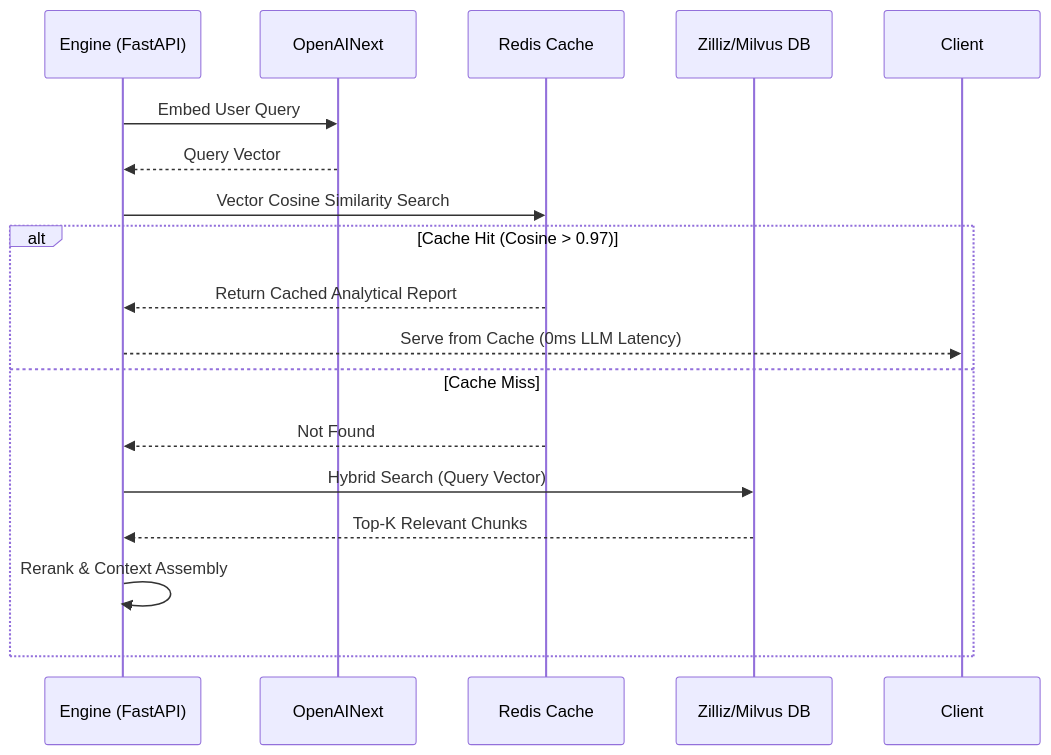
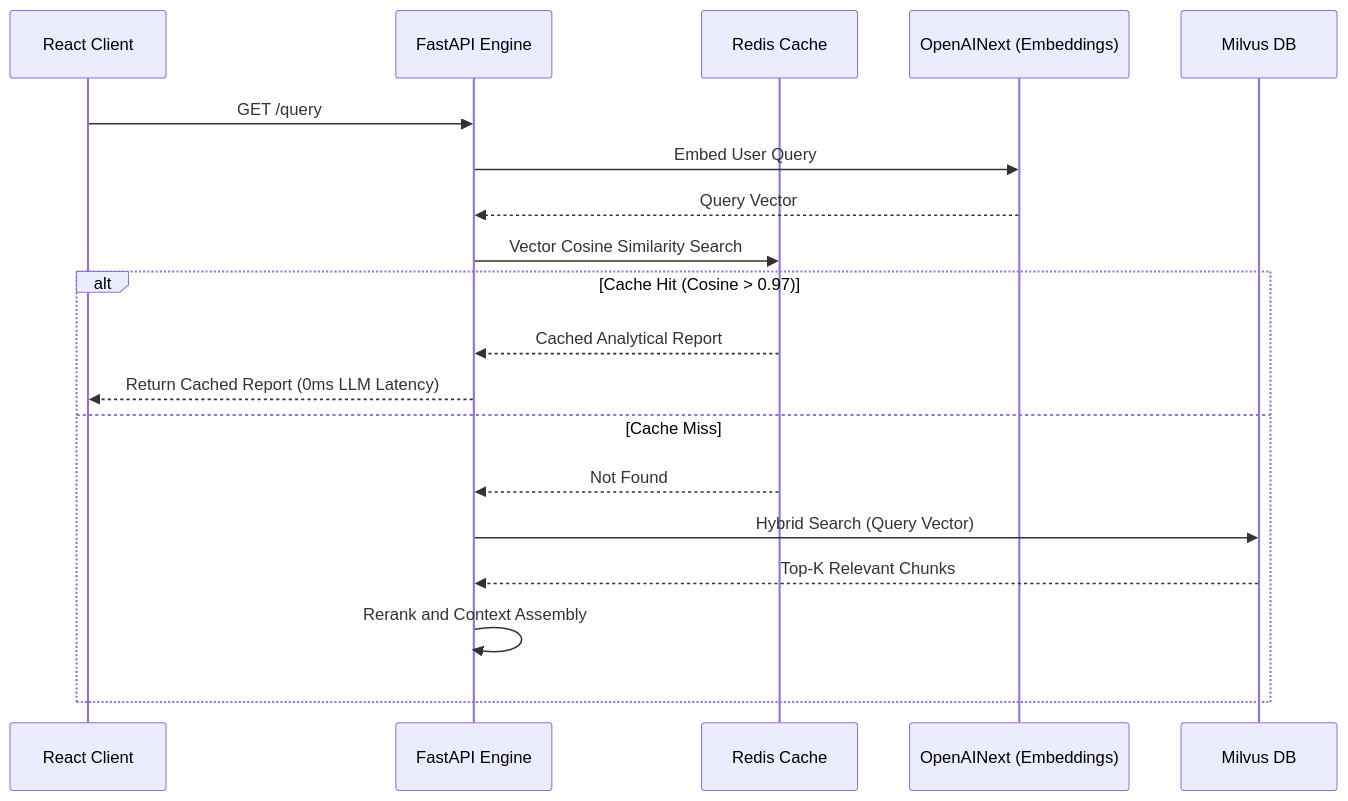
One commit to joe-ging/AI_Stock_Analyst_Enterprise changed the second of 4 diagrams in README.md. Above: the diagram before and after it, drawn with Mermaid. The commit also changed other lines of this file and 1 other file, not shown here.

````diff
--- a/README.md
+++ b/README.md
@@ -89,21 +74,23 @@
 ```mermaid
 sequenceDiagram
-    participant Engine as Engine (FastAPI)
-    participant AI as OpenAINext
+    participant UI as React Client
+    participant Engine as FastAPI Engine
     participant Redis as Redis Cache
-    participant Milvus as Zilliz/Milvus DB
+    participant AI as OpenAINext (Embeddings)
+    participant Milvus as Milvus DB
     
+    UI->>Engine: GET /query
     Engine->>AI: Embed User Query
     AI-->>Engine: Query Vector
     
     Engine->>Redis: Vector Cosine Similarity Search
     alt Cache Hit (Cosine > 0.97)
-        Redis-->>Engine: Return Cached Analytical Report
-        Engine-->>Client: Serve from Cache (0ms LLM Latency)
+        Redis-->>Engine: Cached Analytical Report
+        Engine-->>UI: Return Cached Report (0ms LLM Latency)
     else Cache Miss
         Redis-->>Engine: Not Found
         Engine->>Milvus: Hybrid Search (Query Vector)
         Milvus-->>Engine: Top-K Relevant Chunks
-        Engine->>Engine: Rerank & Context Assembly
+        Engine->>Engine: Rerank and Context Assembly
     end
 ```
````
